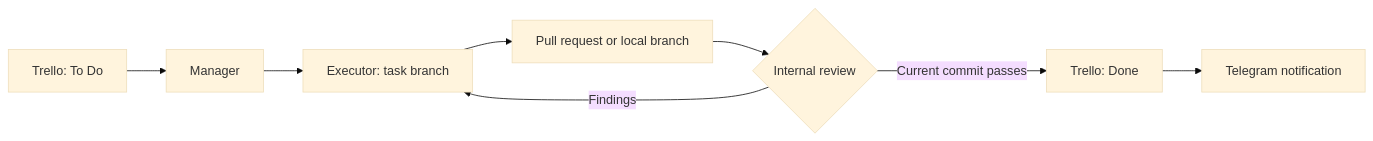
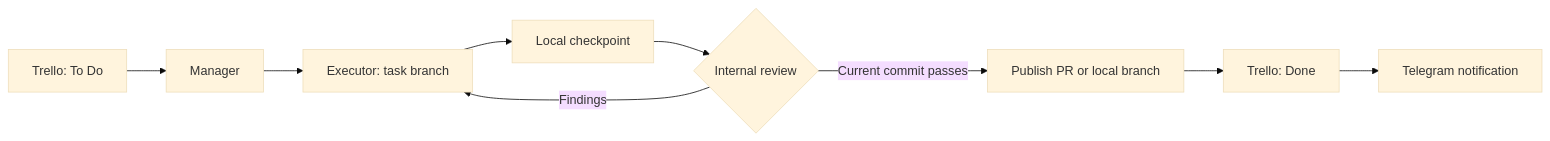
Before and after one commit to UGamerZ/codex-orchestrator: the diagram in README.md, drawn with Mermaid (base theme). The commit also changed other lines of this file and 15 other files, not shown here.

````diff
--- a/README.md
+++ b/README.md
@@ -51,10 +51,11 @@
 ```mermaid
 flowchart LR
     Todo["Trello: To Do"] --> Manager["Manager"]
     Manager --> Executor["Executor: task branch"]
-    Executor --> Changes["Pull request or local branch"]
+    Executor --> Changes["Local checkpoint"]
     Changes --> Review{"Internal review"}
     Review -->|Findings| Executor
-    Review -->|Current commit passes| Done["Trello: Done"]
+    Review -->|Current commit passes| Publish["Publish PR or local branch"]
+    Publish --> Done["Trello: Done"]
     Done --> Telegram["Telegram notification"]
 ```
````
